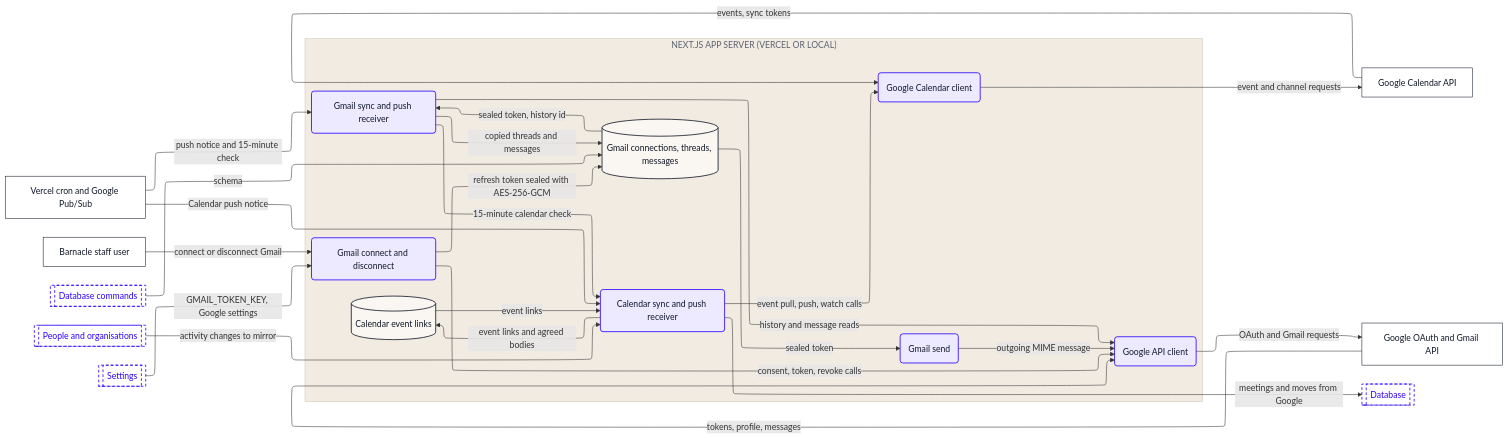
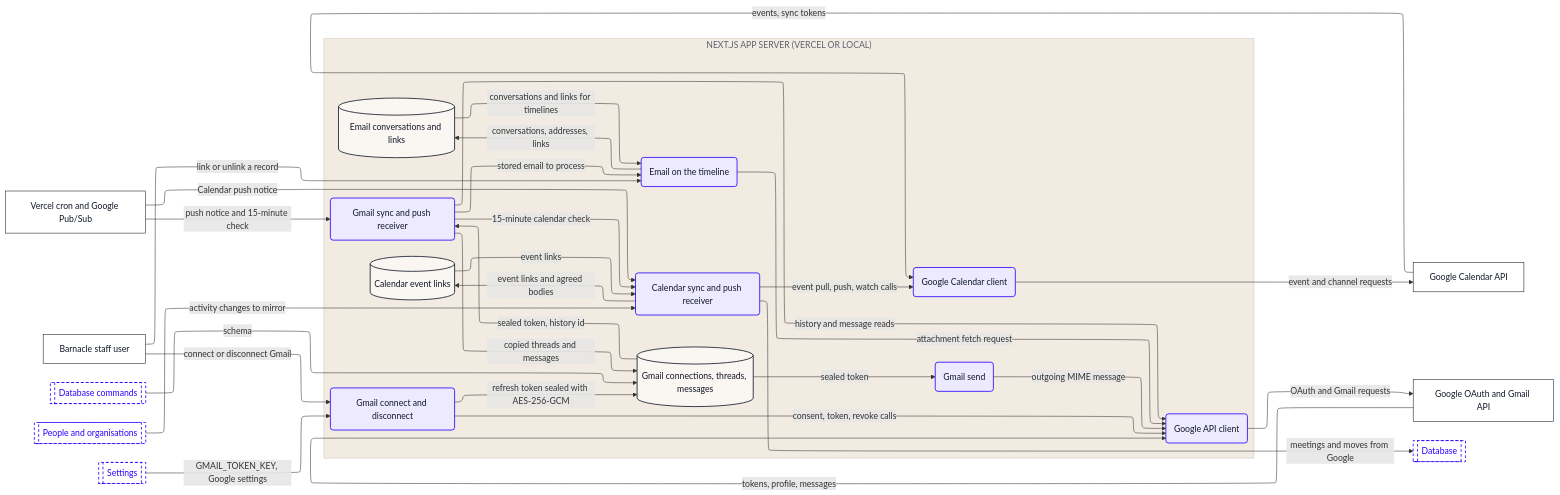
The ninth of 16 diagrams in dataflow/DATAFLOW.md (Romain-Perche/Barnacle-Pipe), drawn with Mermaid before and after one commit. The commit also changed other lines of this file and 7 other files, not shown here.

````diff
--- a/dataflow/DATAFLOW.md
+++ b/dataflow/DATAFLOW.md
@@ -574,58 +574,65 @@
 ```mermaid
 ---
 config:
   layout: elk
 ---
 flowchart LR
     n1["Google Calendar API"]
     n2["Vercel cron and Google Pub/Sub"]
     n3["Google OAuth and Gmail API"]
     n4["Barnacle staff user"]
     subgraph z1["NEXT.JS APP SERVER (VERCEL OR LOCAL)"]
         n5("Google Calendar client")
         n6[("Calendar event links")]
         n7("Calendar sync and push receiver")
-        n8("Google API client")
-        n9("Gmail connect and disconnect")
-        n10("Gmail send")
-        n11("Gmail sync and push receiver")
-        n12[("Gmail connections, threads, messages")]
+        n8[("Email conversations and links")]
+        n9("Email on the timeline")
+        n10("Google API client")
+        n11("Gmail connect and disconnect")
+        n12("Gmail send")
+        n13("Gmail sync and push receiver")
+        n14[("Gmail connections, threads, messages")]
     end
-    n13[["Database"]]
-    n14[["Database commands"]]
-    n15[["People and organisations"]]
-    n16[["Settings"]]
-    n15 -->|"activity changes to mirror"| n7
+    n15[["Database"]]
+    n16[["Database commands"]]
+    n17[["People and organisations"]]
+    n18[["Settings"]]
+    n17 -->|"activity changes to mirror"| n7
     n1 -->|"events, sync tokens"| n5
     n5 -->|"event and channel requests"| n1
     n6 -->|"event links"| n7
-    n7 -->|"meetings and moves from Google"| n13
+    n7 -->|"meetings and moves from Google"| n15
     n7 -->|"event pull, push, watch calls"| n5
     n7 -->|"event links and agreed bodies"| n6
     n2 -->|"Calendar push notice"| n7
-    n2 -->|"push notice and 15-minute check"| n11
-    n16 -->|"GMAIL_TOKEN_KEY, Google settings"| n9
-    n3 -->|"tokens, profile, messages"| n8
-    n8 -->|"OAuth and Gmail requests"| n3
-    n9 -->|"consent, token, revoke calls"| n8
-    n9 -->|"refresh token sealed with AES-256-GCM"| n12
-    n10 -->|"outgoing MIME message"| n8
-    n11 -->|"15-minute calendar check"| n7
-    n11 -->|"history and message reads"| n8
-    n11 -->|"copied threads and messages"| n12
-    n12 -->|"sealed token"| n10
-    n12 -->|"sealed token, history id"| n11
-    n14 -->|"schema"| n12
-    n4 -->|"connect or disconnect Gmail"| n9
+    n2 -->|"push notice and 15-minute check"| n13
+    n8 -->|"conversations and links for timelines"| n9
+    n9 -->|"conversations, addresses, links"| n8
+    n9 -->|"attachment fetch request"| n10
+    n18 -->|"GMAIL_TOKEN_KEY, Google settings"| n11
+    n3 -->|"tokens, profile, messages"| n10
+    n10 -->|"OAuth and Gmail requests"| n3
+    n11 -->|"consent, token, revoke calls"| n10
+    n11 -->|"refresh token sealed with AES-256-GCM"| n14
+    n12 -->|"outgoing MIME message"| n10
+    n13 -->|"15-minute calendar check"| n7
+    n13 -->|"stored email to process"| n9
+    n13 -->|"history and message reads"| n10
+    n13 -->|"copied threads and messages"| n14
+    n14 -->|"sealed token"| n12
+    n14 -->|"sealed token, history id"| n13
+    n16 -->|"schema"| n14
+    n4 -->|"link or unlink a record"| n9
+    n4 -->|"connect or disconnect Gmail"| n11
     classDef actor fill:#FFFFFF,stroke:#111827,stroke-width:1px,color:#111827
     classDef process fill:#EDEAFF,stroke:#2B00FF,stroke-width:1.5px,color:#111827
     classDef store fill:#FAF6F1,stroke:#111827,stroke-width:1.5px,color:#111827
     classDef zone fill:#1A1A1A,stroke:#1A1A1A,color:#FFFFFF
     classDef group fill:#2B00FF,stroke:#2B00FF,color:#FFFFFF
     classDef stub fill:#FFFFFF,stroke:#2B00FF,stroke-width:1.5px,stroke-dasharray:5 4,color:#2B00FF
     class n1,n2,n3,n4 actor
-    class n5,n7,n8,n9,n10,n11 process
-    class n6,n12 store
-    class n13,n14,n15,n16 stub
+    class n5,n7,n9,n10,n11,n12,n13 process
+    class n6,n8,n14 store
+    class n15,n16,n17,n18 stub
     style z1 fill:#F1EBE2,stroke:#CFC7BB,color:#5D6270
 ```
````
